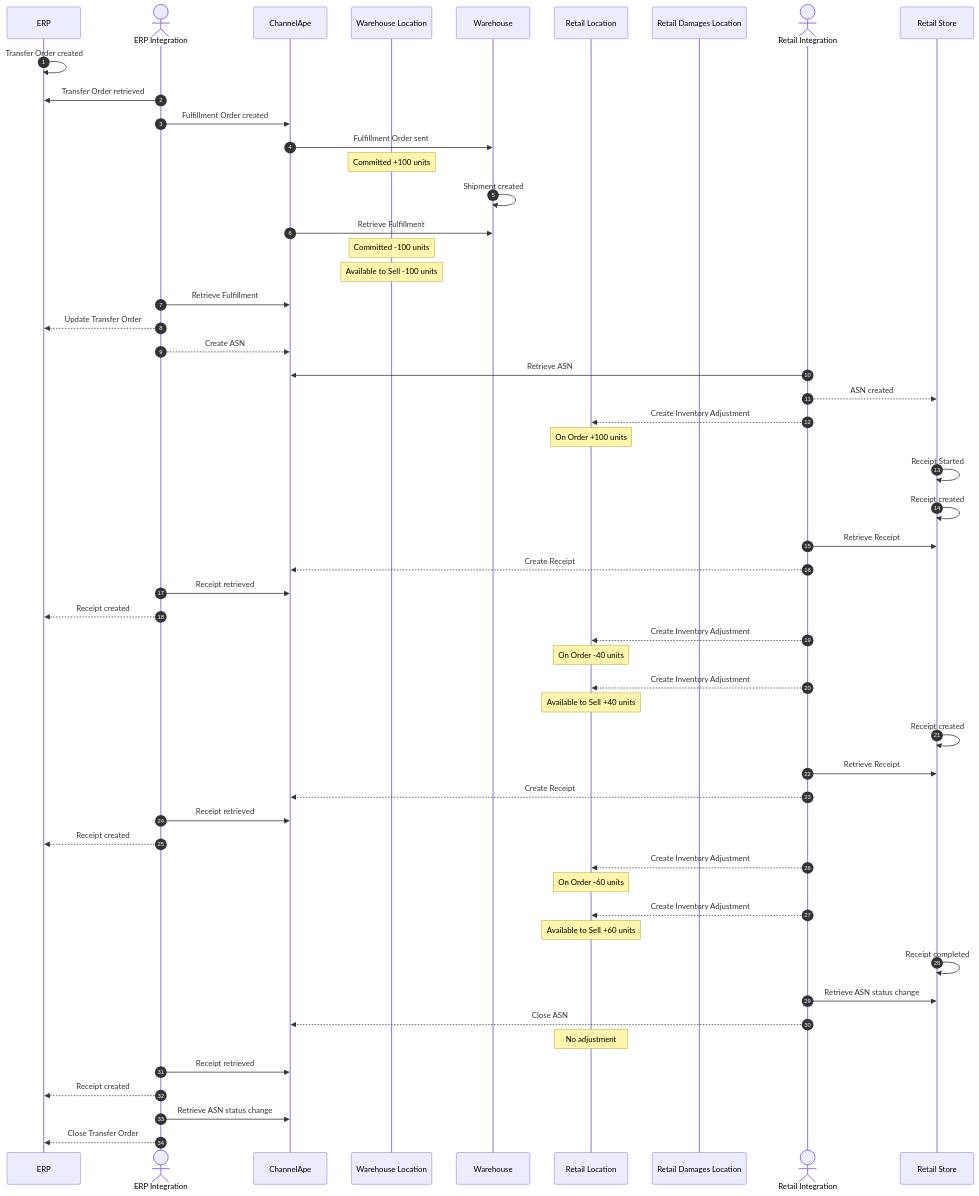
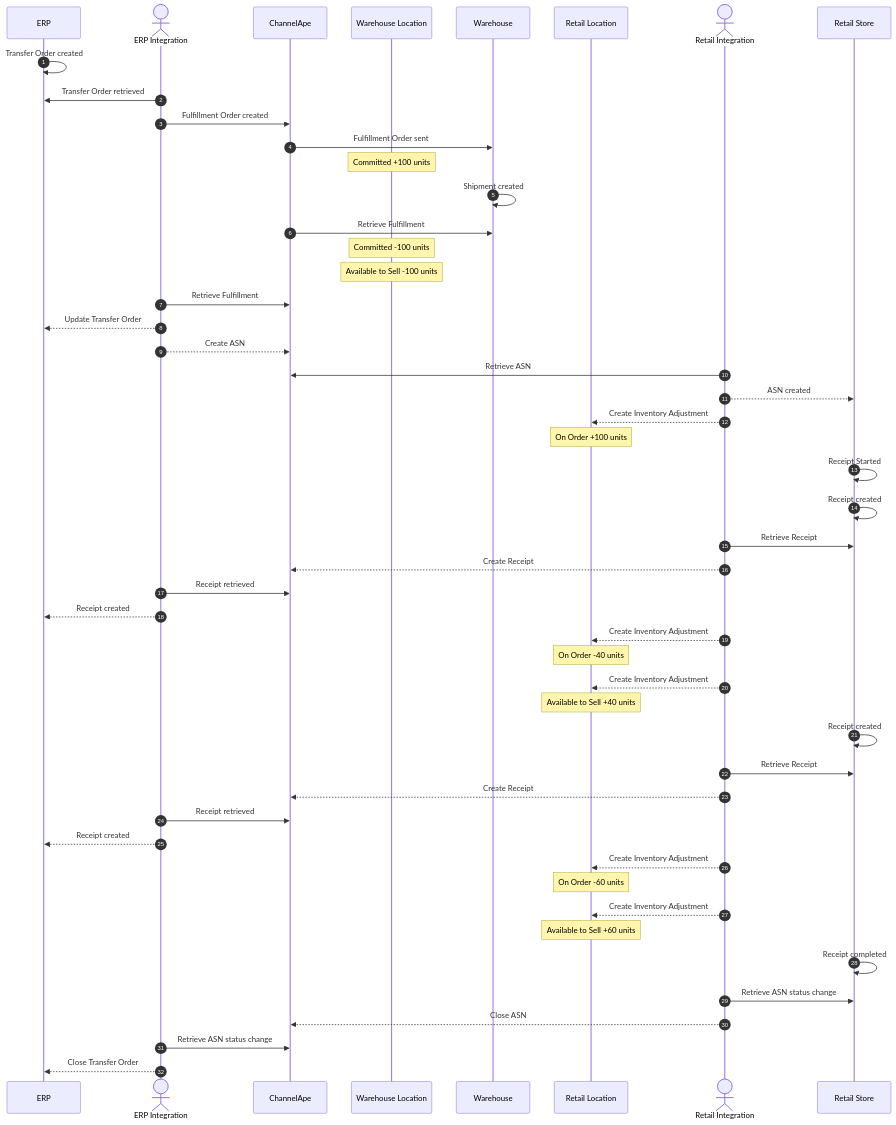
Before and after one commit to ChannelApe/channelape-docs: the second of 6 diagrams in data-flows/transfer-orders/README.md, drawn with Mermaid. The commit also changed other lines of this file, not shown here.

Commit message:
Cleaned up adjustments and damages locations where unnecessary

````diff
--- a/data-flows/transfer-orders/README.md
+++ b/data-flows/transfer-orders/README.md
@@ -96,69 +93,64 @@
 ```mermaid
 sequenceDiagram
     autonumber
     participant ERP
     actor ERP Integration
     participant ChannelApe
     participant Warehouse Location
     participant Warehouse
     participant Retail Location
-    participant Retail Damages Location
     actor Retail Integration
     participant Retail Store
 
     ERP->>ERP: Transfer Order created
 
     ERP Integration->>ERP: Transfer Order retrieved
     ERP Integration->>ChannelApe: Fulfillment Order created
 
     ChannelApe->>Warehouse: Fulfillment Order sent
     note over Warehouse Location: Committed +100 units
     
     Warehouse->>Warehouse: Shipment created
     ChannelApe->>Warehouse: Retrieve Fulfillment
     note over Warehouse Location: Committed -100 units
     note over Warehouse Location: Available to Sell -100 units
 
     ERP Integration->>ChannelApe: Retrieve Fulfillment
     ERP Integration-->>ERP: Update Transfer Order
     ERP Integration-->>ChannelApe: Create ASN
     
     Retail Integration->>ChannelApe: Retrieve ASN
     Retail Integration-->>Retail Store: ASN created
     Retail Integration-->>Retail Location: Create Inventory Adjustment
     note over Retail Location: On Order +100 units
 
     Retail Store->>Retail Store: Receipt Started
 
     Retail Store->>Retail Store: Receipt created
     Retail Integration->>Retail Store: Retrieve Receipt
     Retail Integration-->>ChannelApe: Create Receipt
     ERP Integration->>ChannelApe: Receipt retrieved
     ERP Integration-->>ERP: Receipt created
     Retail Integration-->>Retail Location: Create Inventory Adjustment
     note over Retail Location: On Order -40 units
     Retail Integration-->>Retail Location: Create Inventory Adjustment
     note over Retail Location: Available to Sell +40 units
 
     Retail Store->>Retail Store: Receipt created
     Retail Integration->>Retail Store: Retrieve Receipt
     Retail Integration-->>ChannelApe: Create Receipt
     ERP Integration->>ChannelApe: Receipt retrieved
     ERP Integration-->>ERP: Receipt created
     Retail Integration-->>Retail Location: Create Inventory Adjustment
     note over Retail Location: On Order -60 units
     Retail Integration-->>Retail Location: Create Inventory Adjustment
     note over Retail Location: Available to Sell +60 units
     
     Retail Store->>Retail Store: Receipt completed
 
     Retail Integration->>Retail Store: Retrieve ASN status change
     Retail Integration-->>ChannelApe: Close ASN
-    note over Retail Location: No adjustment
-
-    ERP Integration->>ChannelApe: Receipt retrieved
-    ERP Integration-->>ERP: Receipt created
 
     ERP Integration->>ChannelApe: Retrieve ASN status change
     ERP Integration-->>ERP: Close Transfer Order
 ```
````
